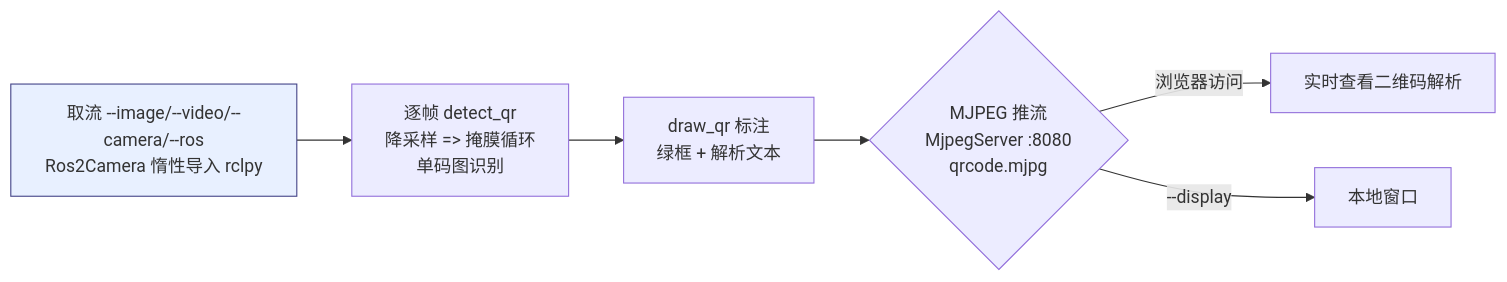
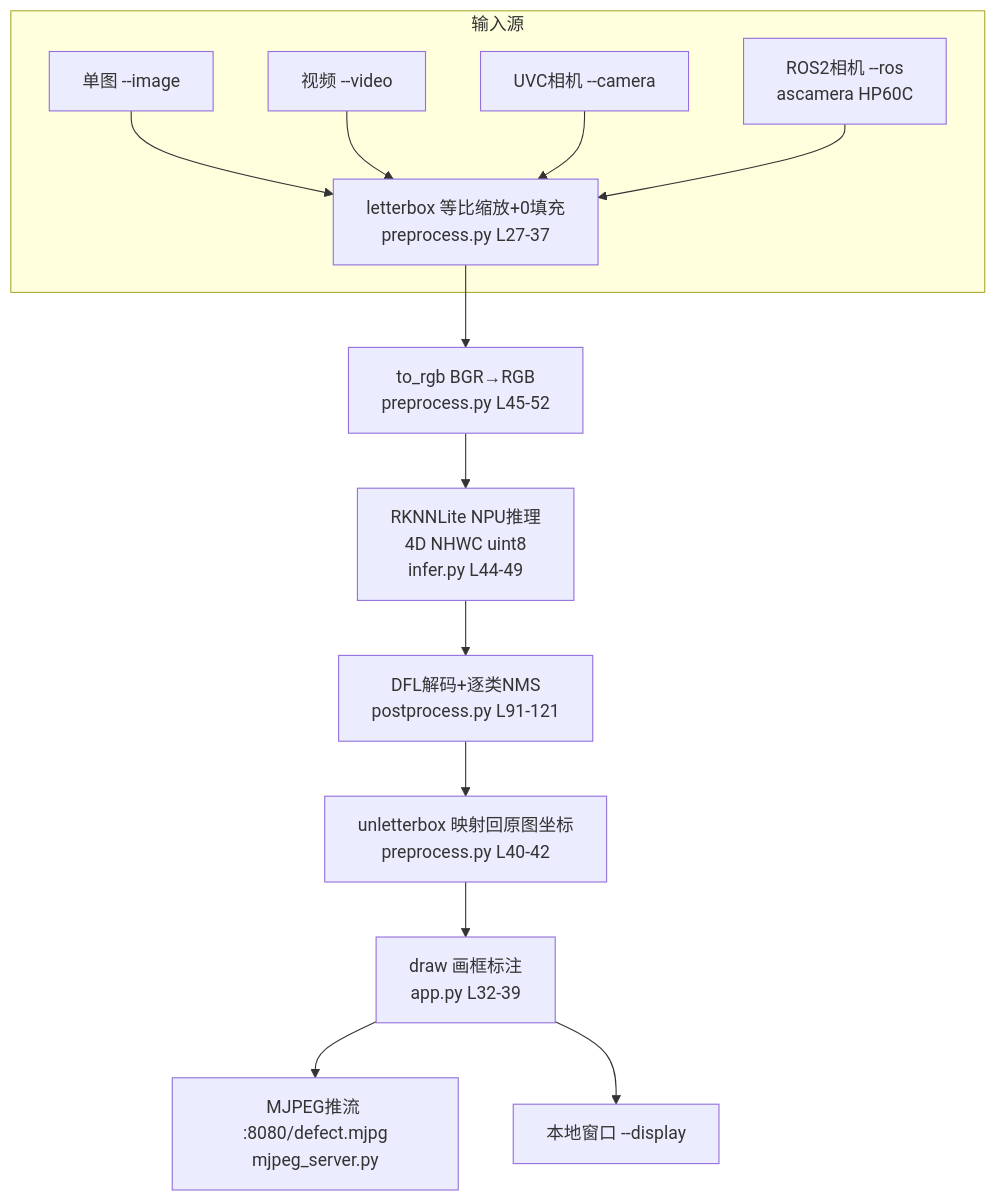
The second of 2 diagrams in courses/sheet1/robot_vision/_parts/experiment-4.md (aibittek/course_generate_agent), drawn with Mermaid before and after one commit. The commit also changed other lines of this file and 98 other files, not shown here.

````diff
--- a/courses/sheet1/robot_vision/_parts/experiment-4.md
+++ b/courses/sheet1/robot_vision/_parts/experiment-4.md
@@ -433,10 +519,16 @@
 ```mermaid
-flowchart LR
-    A[取流 --image/--video/--camera/--ros<br/>Ros2Camera 惰性导入 rclpy] --> B[逐帧 detect_qr<br/>降采样 => 掩膜循环<br/>单码图识别]
-    B --> C[draw_qr 标注<br/>绿框 + 解析文本]
-    C --> D{MJPEG 推流<br/>MjpegServer :8080<br/>qrcode.mjpg}
-    D -->|浏览器访问| E[实时查看二维码解析]
-    D -->|--display| F[本地窗口]
-
-    style A fill:#e8f0ff,stroke:#448,stroke-width:1px
+graph TD
+    subgraph 输入源
+        I1[单图 --image] --> P
+        I2[视频 --video] --> P
+        I3[UVC相机 --camera] --> P
+        I4[ROS2相机 --ros<br/>ascamera HP60C] --> P
+    end
+    P[letterbox 等比缩放+0填充<br/>preprocess.py L27-37] --> R[to_rgb BGR→RGB<br/>preprocess.py L45-52]
+    R --> N[RKNNLite NPU推理<br/>4D NHWC uint8<br/>infer.py L44-49]
+    N --> D[DFL解码+逐类NMS<br/>postprocess.py L91-121]
+    D --> U[unletterbox 映射回原图坐标<br/>preprocess.py L40-42]
+    U --> S[draw 画框标注<br/>app.py L32-39]
+    S --> O[MJPEG推流 :8080/defect.mjpg<br/>mjpeg_server.py]
+    S --> W[本地窗口 --display]
 ```
````
